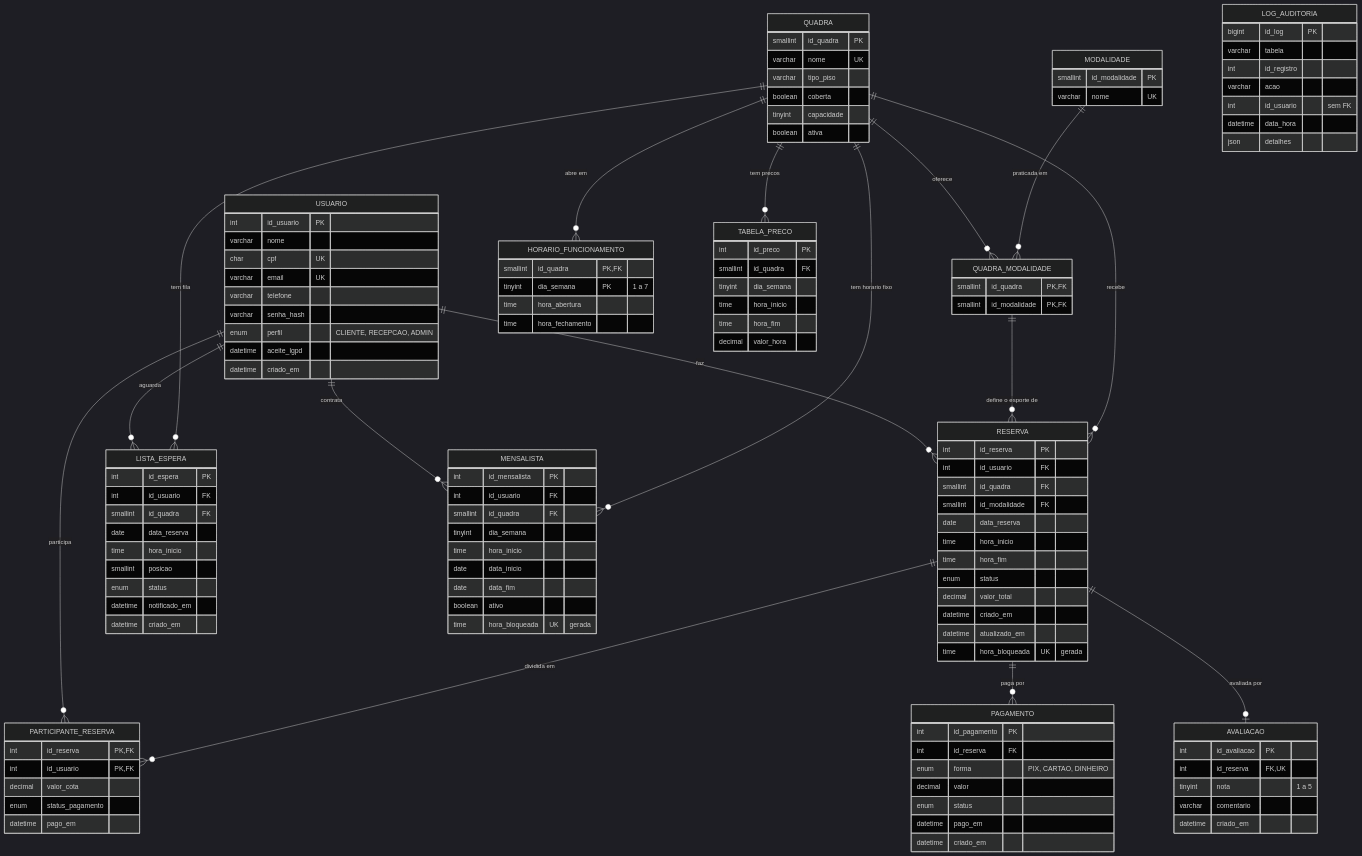
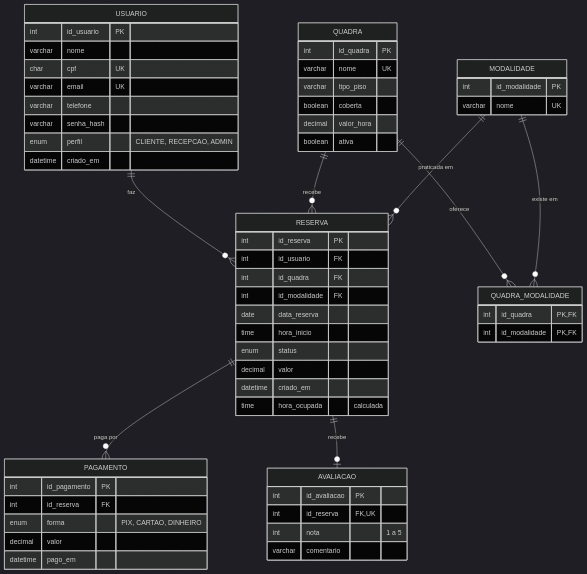
One commit to rafaalvesrosa2605-sys/JOGGA-SQL changed the diagram in docs/fontes/der.mmd. Above: the diagram before and after it, drawn with Mermaid (dark theme). The commit also changed 12 other files, not shown here.

```diff
--- a/docs/fontes/der.mmd
+++ b/docs/fontes/der.mmd
@@ -1,126 +1,60 @@
 erDiagram
     USUARIO ||--o{ RESERVA : "faz"
-    USUARIO ||--o{ PARTICIPANTE_RESERVA : "participa"
-    USUARIO ||--o{ LISTA_ESPERA : "aguarda"
-    USUARIO ||--o{ MENSALISTA : "contrata"
+    QUADRA ||--o{ RESERVA : "recebe"
+    MODALIDADE ||--o{ RESERVA : "praticada em"
     QUADRA ||--o{ QUADRA_MODALIDADE : "oferece"
-    MODALIDADE ||--o{ QUADRA_MODALIDADE : "praticada em"
-    QUADRA_MODALIDADE ||--o{ RESERVA : "define o esporte de"
-    QUADRA ||--o{ RESERVA : "recebe"
-    QUADRA ||--o{ HORARIO_FUNCIONAMENTO : "abre em"
-    QUADRA ||--o{ TABELA_PRECO : "tem precos"
-    QUADRA ||--o{ LISTA_ESPERA : "tem fila"
-    QUADRA ||--o{ MENSALISTA : "tem horario fixo"
-    RESERVA ||--o{ PARTICIPANTE_RESERVA : "dividida em"
+    MODALIDADE ||--o{ QUADRA_MODALIDADE : "existe em"
     RESERVA ||--o{ PAGAMENTO : "paga por"
-    RESERVA ||--o| AVALIACAO : "avaliada por"
+    RESERVA ||--o| AVALIACAO : "recebe"
 
     USUARIO {
         int id_usuario PK
         varchar nome
         char cpf UK
         varchar email UK
         varchar telefone
         varchar senha_hash
         enum perfil "CLIENTE, RECEPCAO, ADMIN"
-        datetime aceite_lgpd
         datetime criado_em
     }
     MODALIDADE {
-        smallint id_modalidade PK
+        int id_modalidade PK
         varchar nome UK
     }
     QUADRA {
-        smallint id_quadra PK
+        int id_quadra PK
         varchar nome UK
         varchar tipo_piso
         boolean coberta
-        tinyint capacidade
+        decimal valor_hora
         boolean ativa
     }
     QUADRA_MODALIDADE {
-        smallint id_quadra PK, FK
-        smallint id_modalidade PK, FK
-    }
-    HORARIO_FUNCIONAMENTO {
-        smallint id_quadra PK, FK
-        tinyint dia_semana PK "1 a 7"
-        time hora_abertura
-        time hora_fechamento
-    }
-    TABELA_PRECO {
-        int id_preco PK
-        smallint id_quadra FK
-        tinyint dia_semana
-        time hora_inicio
-        time hora_fim
-        decimal valor_hora
+        int id_quadra PK, FK
+        int id_modalidade PK, FK
     }
     RESERVA {
         int id_reserva PK
         int id_usuario FK
-        smallint id_quadra FK
-        smallint id_modalidade FK
+        int id_quadra FK
+        int id_modalidade FK
         date data_reserva
         time hora_inicio
-        time hora_fim
         enum status
-        decimal valor_total
+        decimal valor
         datetime criado_em
-        datetime atualizado_em
-        time hora_bloqueada UK "gerada"
-    }
-    PARTICIPANTE_RESERVA {
-        int id_reserva PK, FK
-        int id_usuario PK, FK
-        decimal valor_cota
-        enum status_pagamento
-        datetime pago_em
+        time hora_ocupada "calculada"
     }
     PAGAMENTO {
         int id_pagamento PK
         int id_reserva FK
         enum forma "PIX, CARTAO, DINHEIRO"
         decimal valor
-        enum status
         datetime pago_em
-        datetime criado_em
-    }
-    LISTA_ESPERA {
-        int id_espera PK
-        int id_usuario FK
-        smallint id_quadra FK
-        date data_reserva
-        time hora_inicio
-        smallint posicao
-        enum status
-        datetime notificado_em
-        datetime criado_em
-    }
-    MENSALISTA {
-        int id_mensalista PK
-        int id_usuario FK
-        smallint id_quadra FK
-        tinyint dia_semana
-        time hora_inicio
-        date data_inicio
-        date data_fim
-        boolean ativo
-        time hora_bloqueada UK "gerada"
     }
     AVALIACAO {
         int id_avaliacao PK
         int id_reserva FK, UK
-        tinyint nota "1 a 5"
+        int nota "1 a 5"
         varchar comentario
-        datetime criado_em
     }
-    LOG_AUDITORIA {
-        bigint id_log PK
-        varchar tabela
-        int id_registro
-        varchar acao
-        int id_usuario "sem FK"
-        datetime data_hora
-        json detalhes
-    }
```
